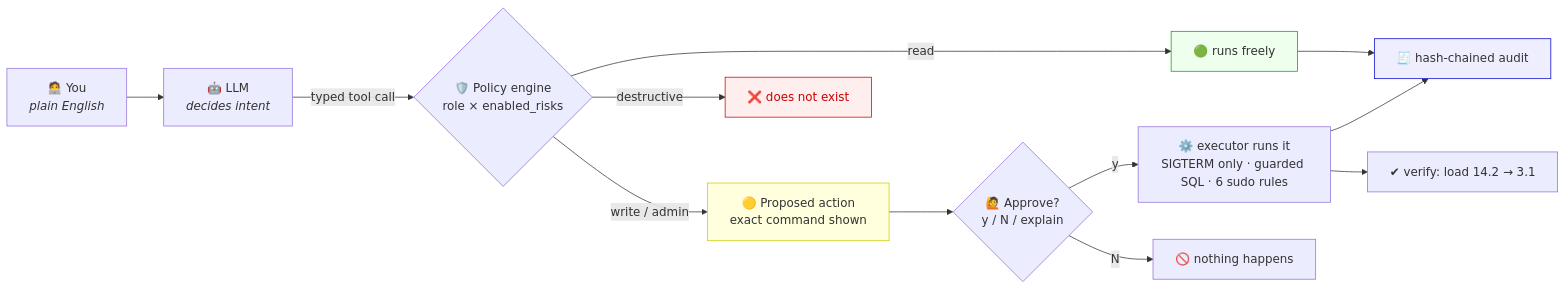
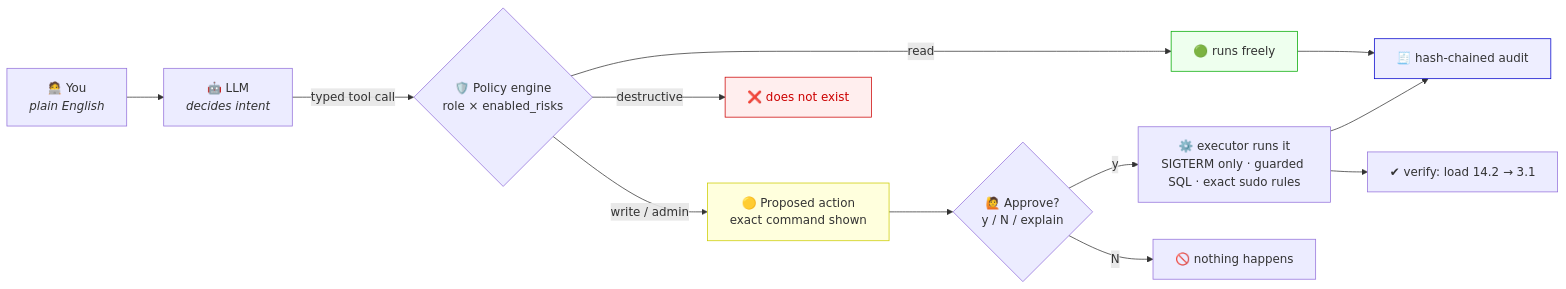
Before and after one commit to itsrajverma/bastion: the first of 4 diagrams in README.md, drawn with Mermaid. The commit also changed other lines of this file and 6 other files, not shown here.

````diff
--- a/README.md
+++ b/README.md
@@ -60,19 +62,19 @@
 ```mermaid
 flowchart LR
     U["🧑‍💻 You<br/><i>plain English</i>"] --> L["🤖 LLM<br/><i>decides intent</i>"]
     L -->|"typed tool call"| P{"🛡️ Policy engine<br/>role × enabled_risks"}
     P -->|"read"| R["🟢 runs freely"]
     P -->|"write / admin"| A["🟡 Proposed action<br/>exact command shown"]
     A --> H{"🙋 Approve?<br/>y / N / explain"}
-    H -->|"y"| X["⚙️ executor runs it<br/>SIGTERM only · guarded SQL · 6 sudo rules"]
+    H -->|"y"| X["⚙️ executor runs it<br/>SIGTERM only · guarded SQL · exact sudo rules"]
     H -->|"N"| D["🚫 nothing happens"]
     P -->|"destructive"| N["❌ does not exist"]
     R --> O["🧾 hash-chained audit"]
     X --> O
     X --> V["✔ verify: load 14.2 → 3.1"]
 
     style N fill:#fee,stroke:#c00,color:#c00
     style R fill:#efe,stroke:#0a0
     style A fill:#ffd,stroke:#cc0
     style O fill:#eef,stroke:#00c
 ```
````
